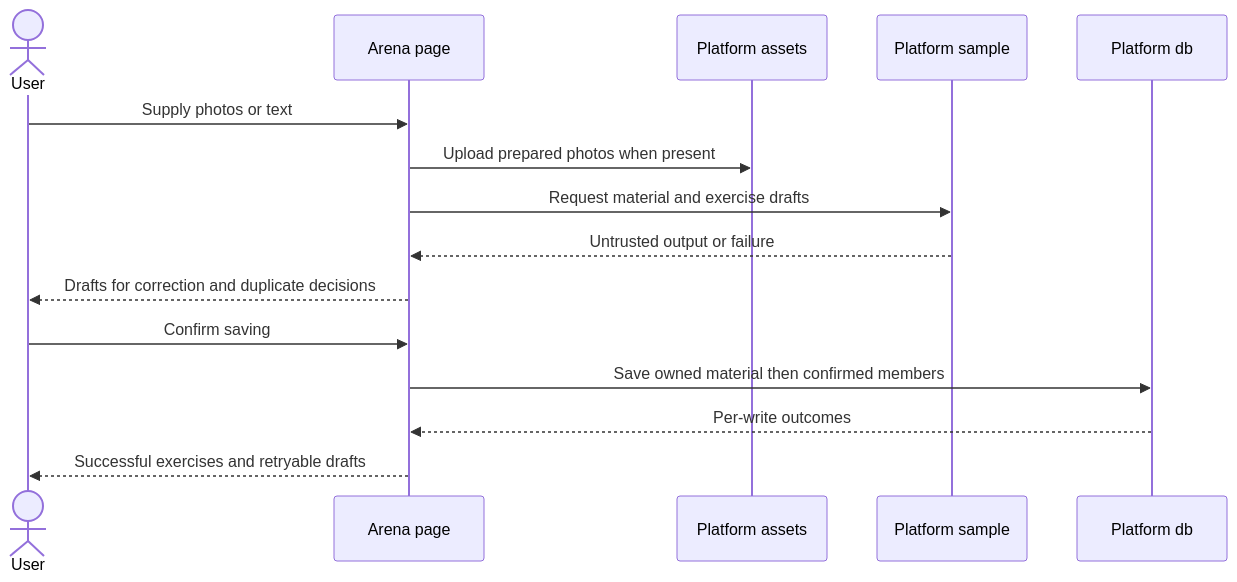
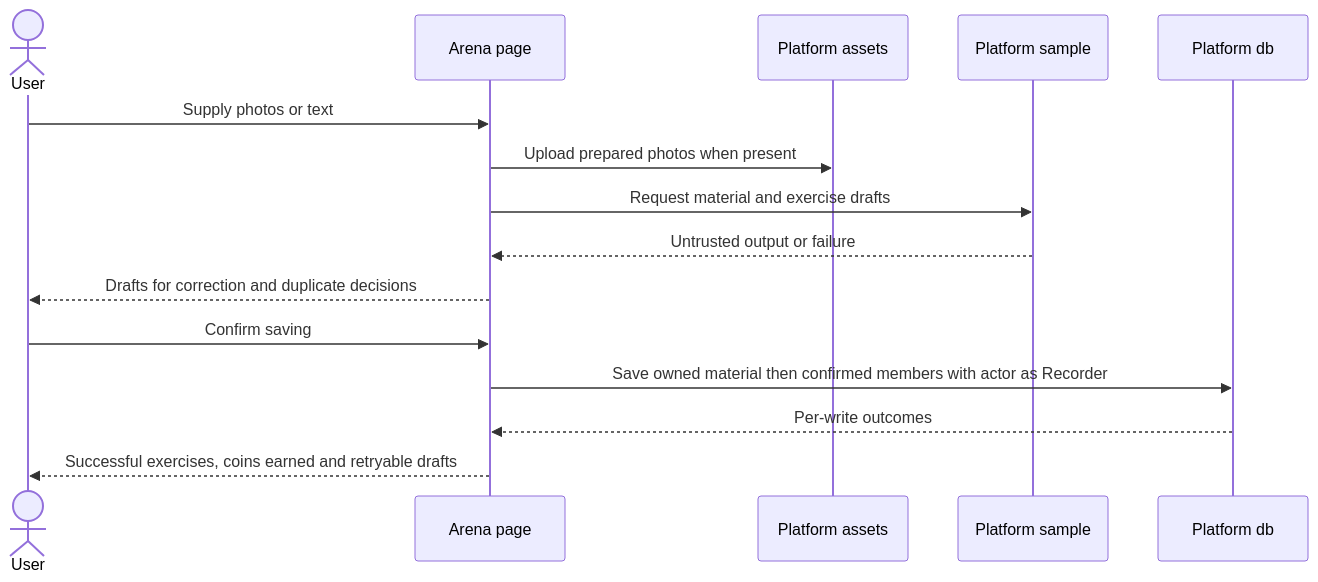
Before and after one commit to lengthlong/exercise_arena: the second of 13 diagrams in model/arch/SCENARIO.md, drawn with Mermaid. The commit also changed other lines of this file and 9 other files, not shown here.

````diff
--- a/model/arch/SCENARIO.md
+++ b/model/arch/SCENARIO.md
@@ -34,17 +34,17 @@
 ```mermaid
 sequenceDiagram
     actor U as User
     participant P as Arena page
     participant A as Platform assets
     participant AI as Platform sample
     participant D as Platform db
     U->>P: Supply photos or text
     P->>A: Upload prepared photos when present
     P->>AI: Request material and exercise drafts
     AI-->>P: Untrusted output or failure
     P-->>U: Drafts for correction and duplicate decisions
     U->>P: Confirm saving
-    P->>D: Save owned material then confirmed members
+    P->>D: Save owned material then confirmed members with actor as Recorder
     D-->>P: Per-write outcomes
-    P-->>U: Successful exercises and retryable drafts
+    P-->>U: Successful exercises, coins earned and retryable drafts
 ```
````
